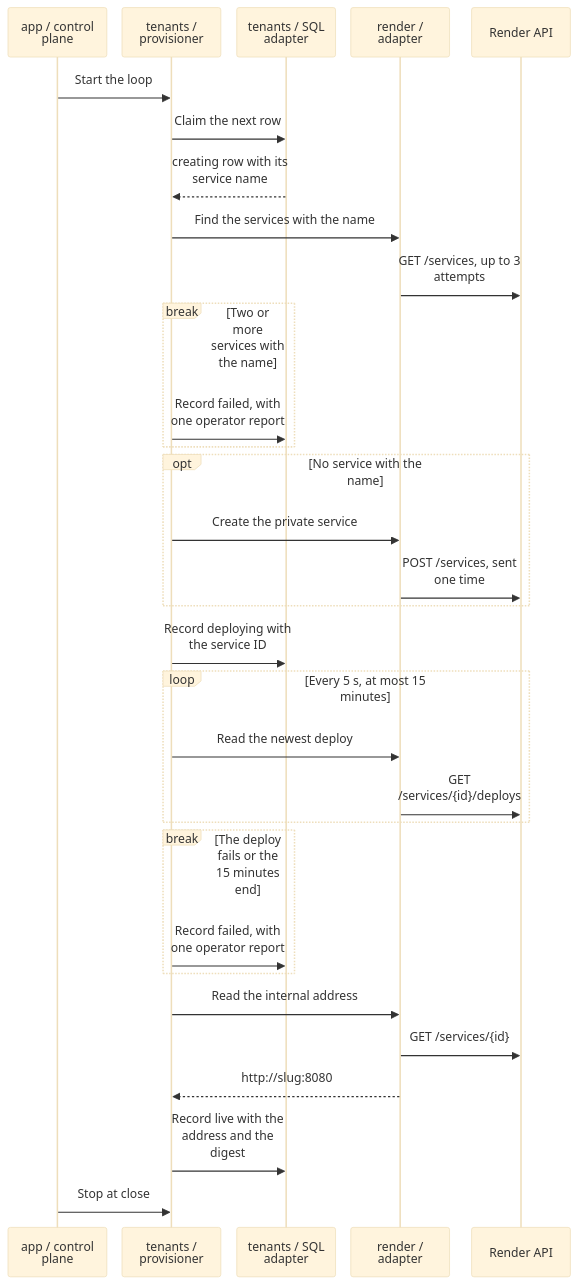
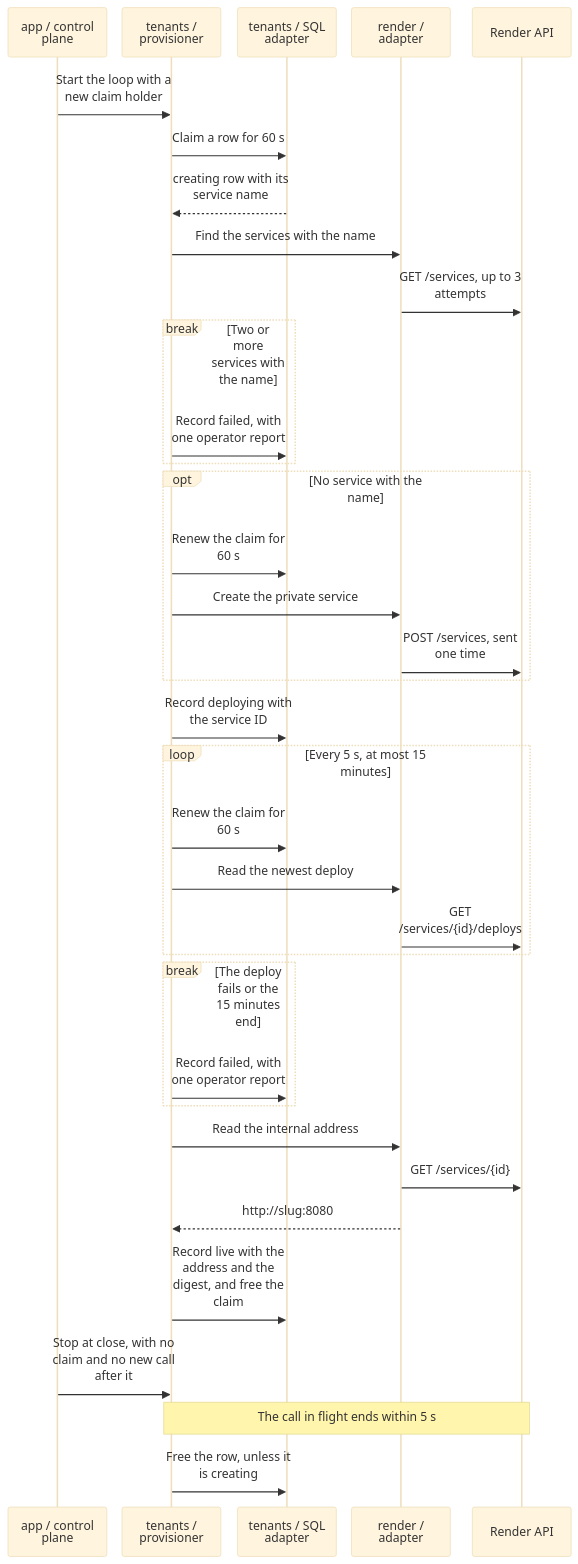
Diagram 19 of 24 in architecture/components.md (tomer-mayara/Thermus), drawn with Mermaid (base theme) before and after one commit. The commit also changed other lines of this file and 6 other files, not shown here.

First line of the commit message:
Document the claim lease, the stop, and the measured 120 s overlap of a deploy

````diff
--- a/architecture/components.md
+++ b/architecture/components.md
@@ -1672,34 +1695,38 @@
 ```mermaid
 %%{init: {"sequence": {"wrap": true, "actorMargin": 20, "width": 130}}}%%
 sequenceDiagram
   participant App as app / control plane
   participant Prov as tenants / provisioner
   participant Store as tenants / SQL adapter
   participant Render as render / adapter
   participant API as Render API
-  App->>Prov: Start the loop
-  Prov->>Store: Claim the next row
+  App->>Prov: Start the loop with a new claim holder
+  Prov->>Store: Claim a row for 60 s
   Store-->>Prov: creating row with its service name
   Prov->>Render: Find the services with the name
   Render->>API: GET /services, up to 3 attempts
   break Two or more services with the name
     Prov->>Store: Record failed, with one operator report
   end
   opt No service with the name
+    Prov->>Store: Renew the claim for 60 s
     Prov->>Render: Create the private service
     Render->>API: POST /services, sent one time
   end
   Prov->>Store: Record deploying with the service ID
   loop Every 5 s, at most 15 minutes
+    Prov->>Store: Renew the claim for 60 s
     Prov->>Render: Read the newest deploy
     Render->>API: GET /services/{id}/deploys
   end
   break The deploy fails or the 15 minutes end
     Prov->>Store: Record failed, with one operator report
   end
   Prov->>Render: Read the internal address
   Render->>API: GET /services/{id}
   Render-->>Prov: http://slug:8080
-  Prov->>Store: Record live with the address and the digest
-  App->>Prov: Stop at close
+  Prov->>Store: Record live with the address and the digest, and free the claim
+  App->>Prov: Stop at close, with no claim and no new call after it
+  Note over Prov,API: The call in flight ends within 5 s
+  Prov->>Store: Free the row, unless it is creating
 ```
````
